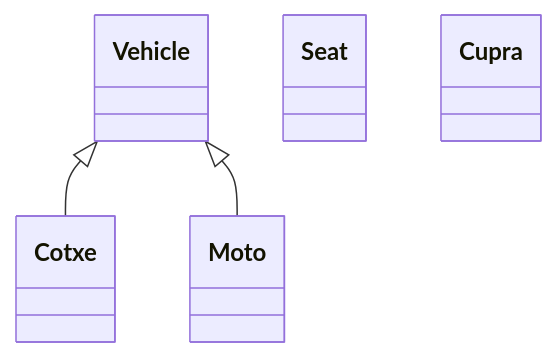
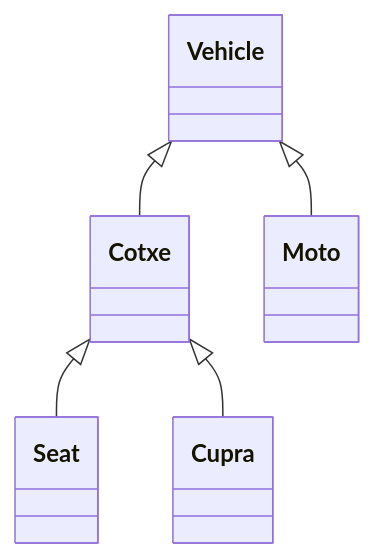
The diagram in 31-POO-Herencia/README.md (marcmoiagese/curskotlin), drawn with Mermaid before and after one commit.

Commit message:
31- POO: Herencia

````diff
--- a/31-POO-Herencia/README.md
+++ b/31-POO-Herencia/README.md
@@ -20,11 +20,13 @@
 ```mermaid
 classDiagram
   class Vehicle
   class Cotxe
   class Moto
   class Seat
   class Cupra
 
   Vehicle <|-- Cotxe
   Vehicle <|-- Moto
+  Cotxe <|-- Seat
+  Cotxe <|-- Cupra
 ```
````
